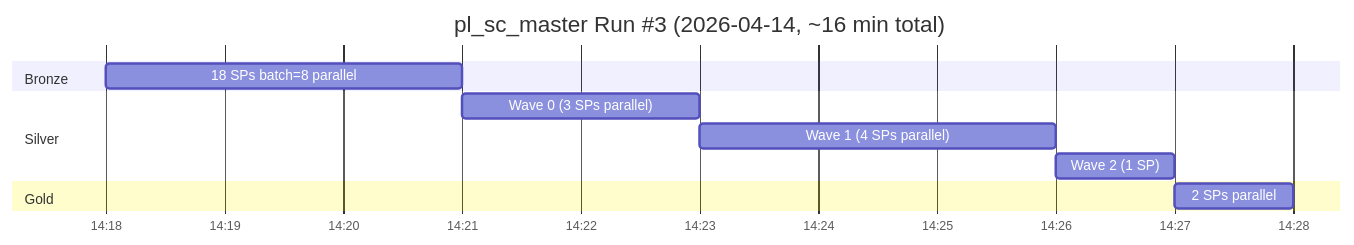
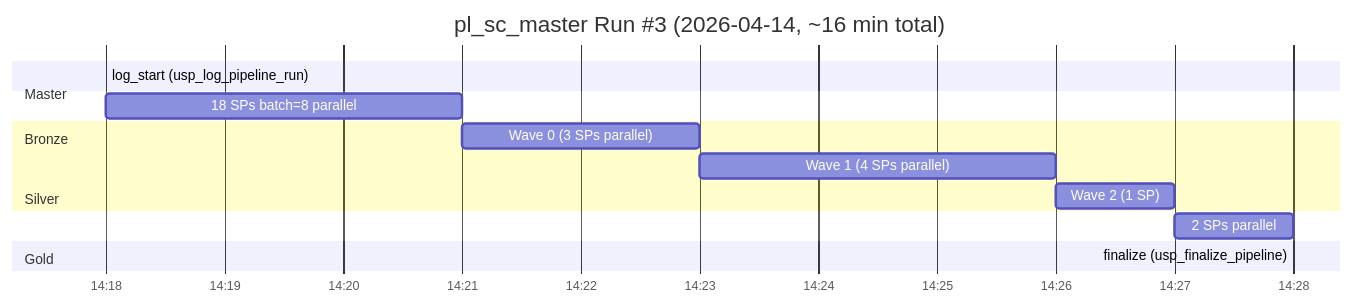
Before and after one commit to ankinguyen-engineer-2002/Fabric-v9-Warehouse-Medallion: the seventh of 11 diagrams in v9_architecture_supplychain.md, drawn with Mermaid. The commit also changed other lines of this file and 2 other files, not shown here.

````diff
--- a/v9_architecture_supplychain.md
+++ b/v9_architecture_supplychain.md
@@ -314,17 +302,23 @@
 ```mermaid
 gantt
     title pl_sc_master Run #3 (2026-04-14, ~16 min total)
     dateFormat HH:mm
     axisFormat %H:%M
 
+    section Master
+    log_start (usp_log_pipeline_run) :ls, 14:18, 0m
+
     section Bronze
-    18 SPs batch=8 parallel      :b, 14:18, 3m
+    18 SPs batch=8 parallel      :b, after ls, 3m
 
     section Silver
     Wave 0 (3 SPs parallel)      :s0, after b, 2m
     Wave 1 (4 SPs parallel)      :s1, after s0, 3m
     Wave 2 (1 SP)                :s2, after s1, 1m
 
     section Gold
     2 SPs parallel               :g, after s2, 1m
+
+    section Master
+    finalize (usp_finalize_pipeline) :fn, after g, 0m
 ```
````
